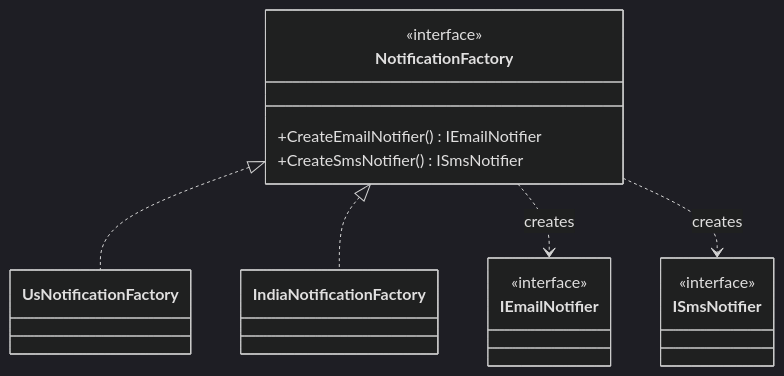
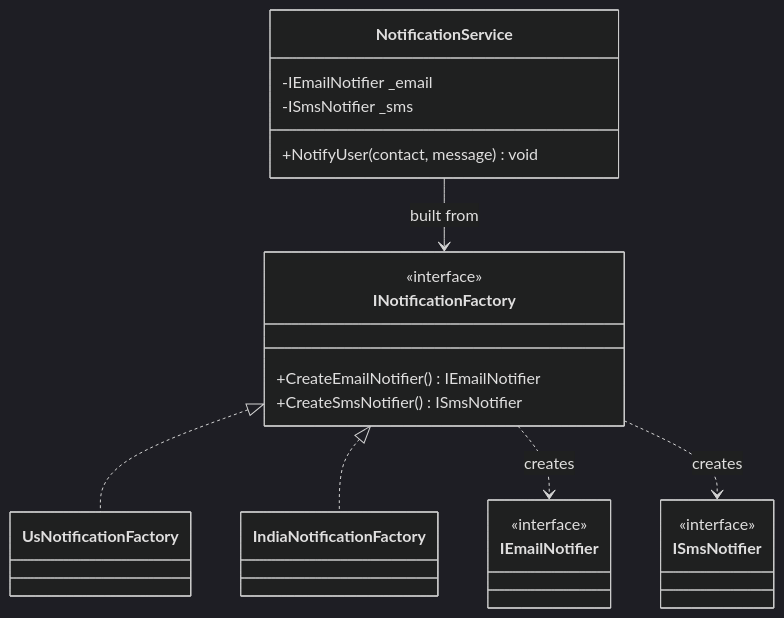
The diagram in 00-Foundations/04-Design-Patterns/Creational/AbstractFactory/notes.md (tushardongre1990/LLD-Claude), drawn with Mermaid (dark theme) before and after one commit. The commit also changed other lines of this file and 52 other files, not shown here.

First line of the commit message:
docs(03-SOLID, 04-Patterns): make notes self-contained; fix diagram/code drift

````diff
--- a/00-Foundations/04-Design-Patterns/Creational/AbstractFactory/notes.md
+++ b/00-Foundations/04-Design-Patterns/Creational/AbstractFactory/notes.md
@@ -10,17 +10,24 @@
 ```mermaid
 classDiagram
-    class NotificationFactory {
+    class INotificationFactory {
         <<interface>>
         +CreateEmailNotifier() IEmailNotifier
         +CreateSmsNotifier() ISmsNotifier
     }
     class UsNotificationFactory
     class IndiaNotificationFactory
-    NotificationFactory <|.. UsNotificationFactory
-    NotificationFactory <|.. IndiaNotificationFactory
+    INotificationFactory <|.. UsNotificationFactory
+    INotificationFactory <|.. IndiaNotificationFactory
 
     class IEmailNotifier { <<interface>> }
     class ISmsNotifier { <<interface>> }
-    NotificationFactory ..> IEmailNotifier : creates
-    NotificationFactory ..> ISmsNotifier : creates
+    INotificationFactory ..> IEmailNotifier : creates
+    INotificationFactory ..> ISmsNotifier : creates
+
+    class NotificationService {
+        -IEmailNotifier _email
+        -ISmsNotifier _sms
+        +NotifyUser(contact, message) void
+    }
+    NotificationService --> INotificationFactory : built from
 ```
````
